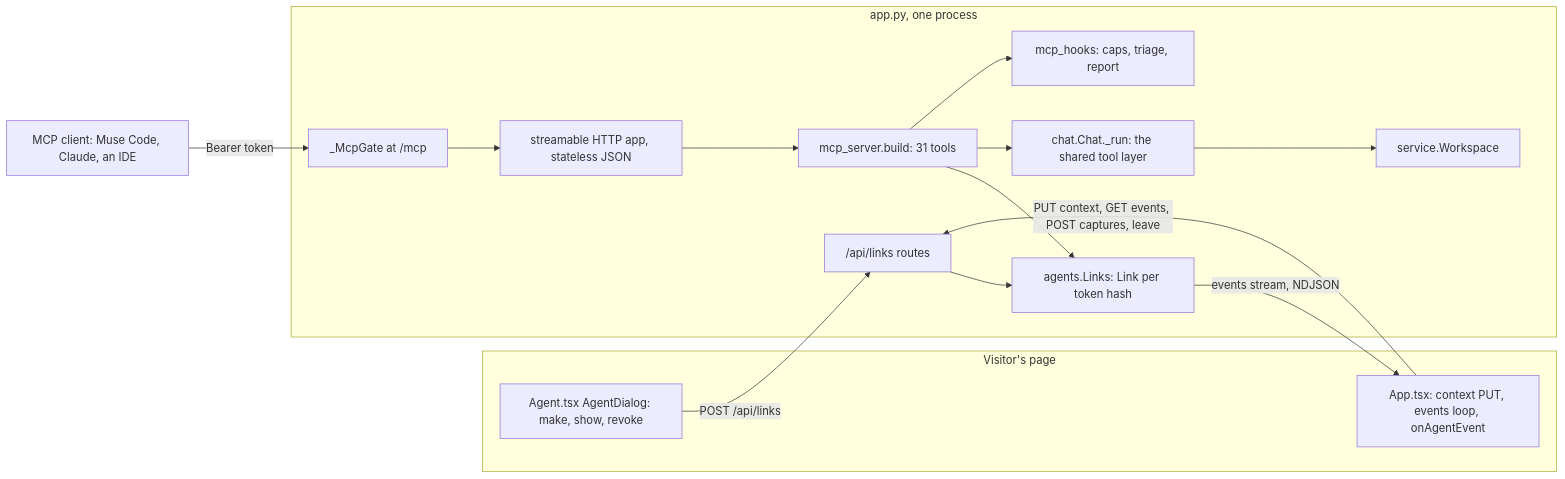
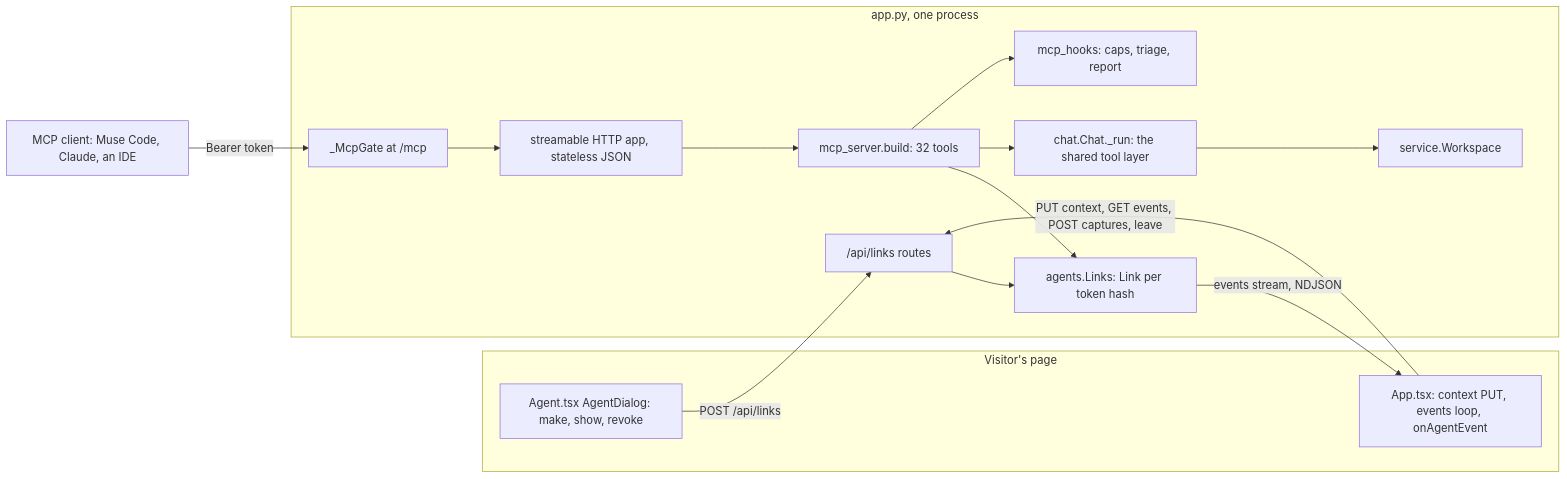
One commit to IssueLab-Inc/ORCA changed the first of 3 diagrams in docs/architecture/11-mcp-and-agent-links.md. Above: the diagram before and after it, drawn with Mermaid. The commit also changed other lines of this file and 29 other files, not shown here.

````diff
--- a/docs/architecture/11-mcp-and-agent-links.md
+++ b/docs/architecture/11-mcp-and-agent-links.md
@@ -19,29 +19,29 @@
 ```mermaid
 flowchart LR
     subgraph page["Visitor's page"]
         dialog["Agent.tsx AgentDialog: make, show, revoke"]
         appSide["App.tsx: context PUT, events loop, onAgentEvent"]
     end
     client["MCP client: Muse Code, Claude, an IDE"]
     subgraph server["app.py, one process"]
         linkRoutes["/api/links routes"]
         links["agents.Links: Link per token hash"]
         gate["_McpGate at /mcp"]
         transport["streamable HTTP app, stateless JSON"]
-        tools["mcp_server.build: 31 tools"]
+        tools["mcp_server.build: 32 tools"]
         chatRun["chat.Chat._run: the shared tool layer"]
         ws["service.Workspace"]
         hooks["mcp_hooks: caps, triage, report"]
     end
     dialog -->|"POST /api/links"| linkRoutes
     appSide -->|"PUT context, GET events, POST captures, leave"| linkRoutes
     linkRoutes --> links
     client -->|"Bearer token"| gate
     gate --> transport
     transport --> tools
     tools --> links
     tools --> chatRun
     tools --> hooks
     chatRun --> ws
     links -->|"events stream, NDJSON"| appSide
 ```
````
